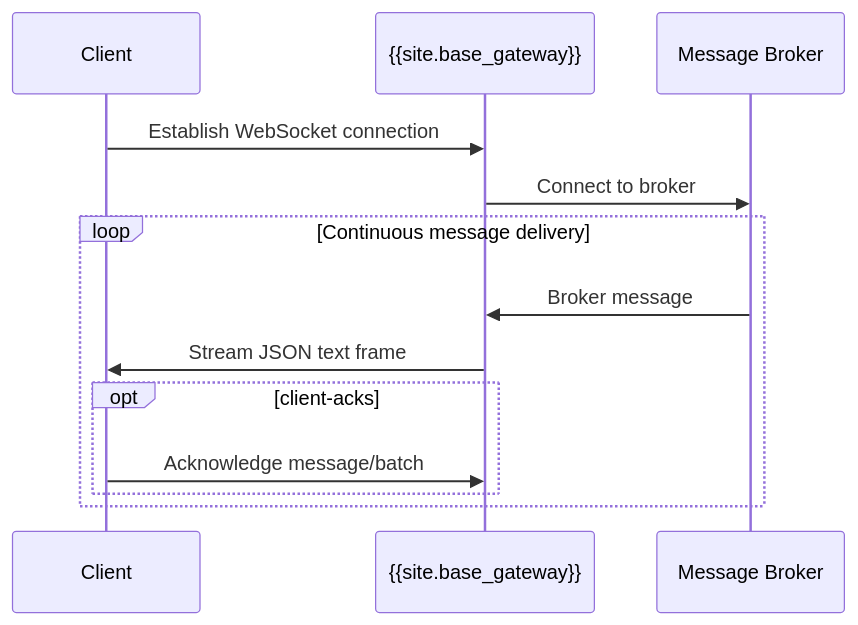
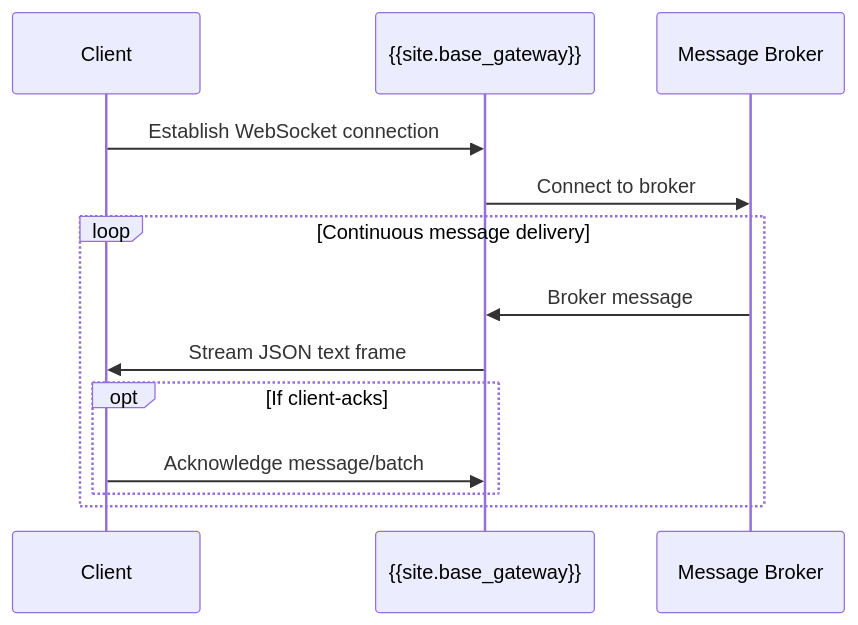
The diagram in app/_includes/plugins/confluent-kafka-consume/websocket.md (Kong/developer.konghq.com), drawn with Mermaid before and after one commit. The commit also changed 10 other files, not shown here.

Commit message:
add 'if' to alt/opt in mermaid diagrams

```diff
--- a/app/_includes/plugins/confluent-kafka-consume/websocket.md
+++ b/app/_includes/plugins/confluent-kafka-consume/websocket.md
@@ -11,19 +11,19 @@
 {% mermaid %}
 sequenceDiagram
     participant Client
     participant Kong as {{site.base_gateway}}
     participant Broker as Message Broker
 
     Client->>Kong: Establish WebSocket connection
     Kong->>Broker: Connect to broker
 
     loop Continuous message delivery
         Broker->>Kong: Broker message
         Kong->>Client: Stream JSON text frame
 
-        opt client-acks
+        opt If client-acks
             Client->>Kong: Acknowledge message/batch
         end
     end
 
 {% endmermaid %}
```
